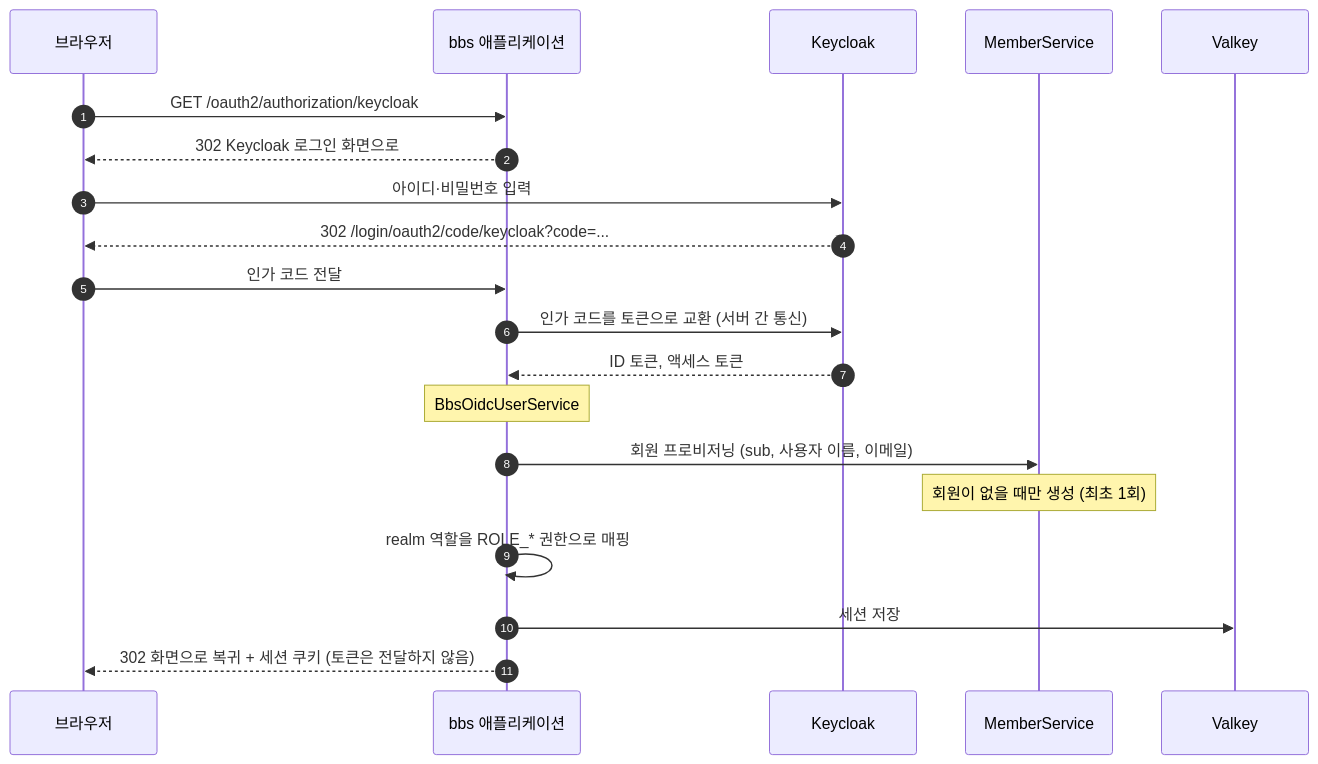
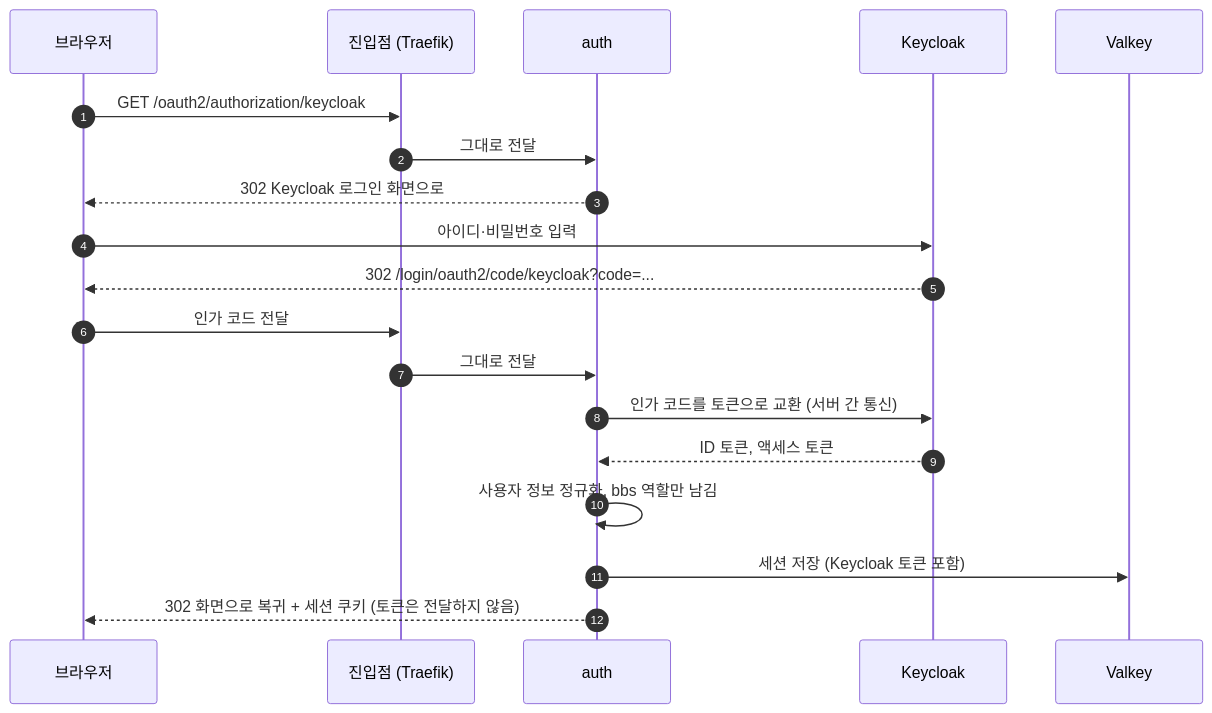
One commit to HseongH/bbs changed the first of 2 diagrams in docs/project/sds.md. Above: the diagram before and after it, drawn with Mermaid. The commit also changed other lines of this file and 3 other files, not shown here.

````diff
--- a/docs/project/sds.md
+++ b/docs/project/sds.md
@@ -181,22 +189,21 @@
 ```mermaid
 sequenceDiagram
     autonumber
     participant B as 브라우저
-    participant A as bbs 애플리케이션
+    participant T as 진입점 (Traefik)
+    participant A as auth
     participant K as Keycloak
-    participant M as MemberService
     participant R as Valkey
-    B->>A: GET /oauth2/authorization/keycloak
+    B->>T: GET /oauth2/authorization/keycloak
+    T->>A: 그대로 전달
     A-->>B: 302 Keycloak 로그인 화면으로
     B->>K: 아이디·비밀번호 입력
     K-->>B: 302 /login/oauth2/code/keycloak?code=...
-    B->>A: 인가 코드 전달
+    B->>T: 인가 코드 전달
+    T->>A: 그대로 전달
     A->>K: 인가 코드를 토큰으로 교환 (서버 간 통신)
     K-->>A: ID 토큰, 액세스 토큰
-    Note over A: BbsOidcUserService
-    A->>M: 회원 프로비저닝 (sub, 사용자 이름, 이메일)
-    Note over M: 회원이 없을 때만 생성 (최초 1회)
-    A->>A: realm 역할을 ROLE_* 권한으로 매핑
-    A->>R: 세션 저장
+    A->>A: 사용자 정보 정규화, bbs 역할만 남김
+    A->>R: 세션 저장 (Keycloak 토큰 포함)
     A-->>B: 302 화면으로 복귀 + 세션 쿠키 (토큰은 전달하지 않음)
 ```
````
